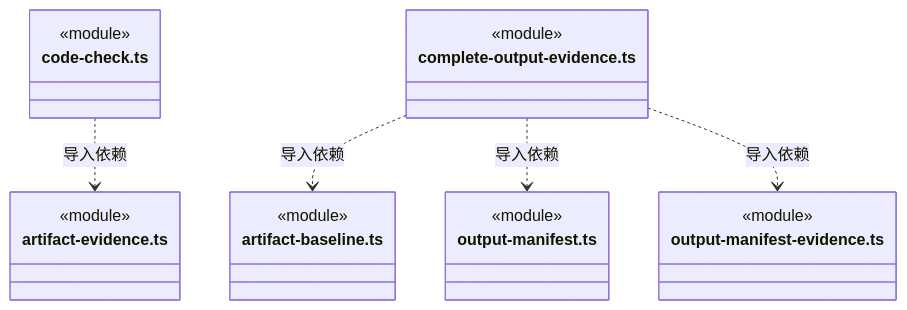
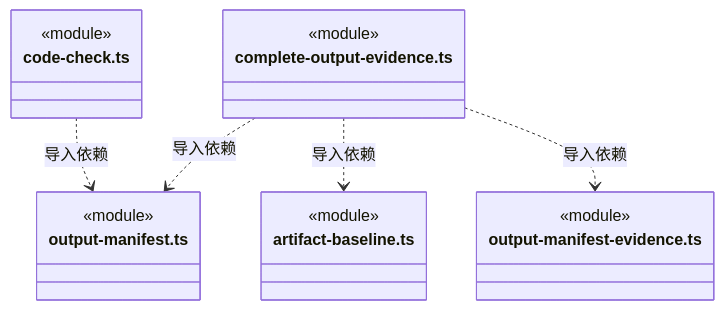
Before and after one commit to nan023062/cbim: diagram 35 of 46 in src/logic/evidence/rules/ARCHITECTURE.md, drawn with Mermaid. The commit also changed other lines of this file and 112 other files, not shown here.

Commit message:
docs: align source architecture with current declarations and contracts

````diff
--- a/src/logic/evidence/rules/ARCHITECTURE.md
+++ b/src/logic/evidence/rules/ARCHITECTURE.md
@@ -806,25 +803,22 @@
 ```mermaid
 classDiagram
 class N_src_logic_evidence_rules_code_check_ts["code-check.ts"] {
   <<module>>
 }
-class N_src_logic_evidence_rules_artifact_evidence_ts["artifact-evidence.ts"] {
+class N_src_logic_evidence_rules_output_manifest_ts["output-manifest.ts"] {
   <<module>>
 }
 class N_src_logic_evidence_rules_complete_output_evidence_ts["complete-output-evidence.ts"] {
   <<module>>
 }
 class N_src_logic_evidence_rules_artifact_baseline_ts["artifact-baseline.ts"] {
   <<module>>
 }
-class N_src_logic_evidence_rules_output_manifest_ts["output-manifest.ts"] {
-  <<module>>
-}
 class N_src_logic_evidence_rules_output_manifest_evidence_ts["output-manifest-evidence.ts"] {
   <<module>>
 }
-N_src_logic_evidence_rules_code_check_ts ..> N_src_logic_evidence_rules_artifact_evidence_ts : 导入依赖
+N_src_logic_evidence_rules_code_check_ts ..> N_src_logic_evidence_rules_output_manifest_ts : 导入依赖
 N_src_logic_evidence_rules_complete_output_evidence_ts ..> N_src_logic_evidence_rules_artifact_baseline_ts : 导入依赖
+N_src_logic_evidence_rules_complete_output_evidence_ts ..> N_src_logic_evidence_rules_output_manifest_evidence_ts : 导入依赖
 N_src_logic_evidence_rules_complete_output_evidence_ts ..> N_src_logic_evidence_rules_output_manifest_ts : 导入依赖
-N_src_logic_evidence_rules_complete_output_evidence_ts ..> N_src_logic_evidence_rules_output_manifest_evidence_ts : 导入依赖
 ```
````
